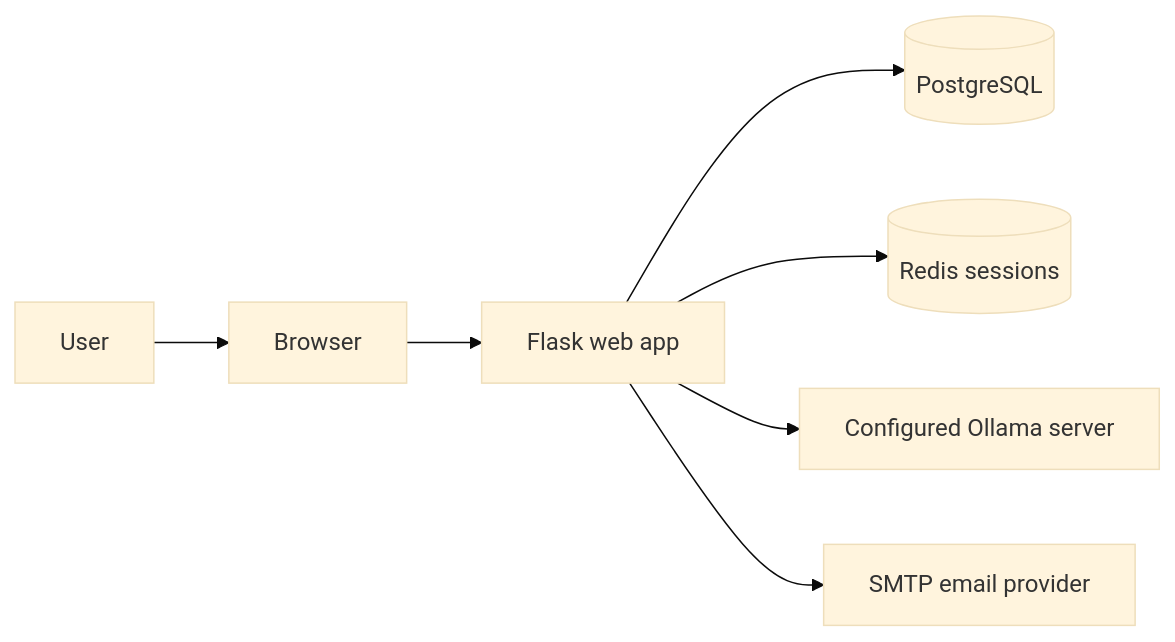
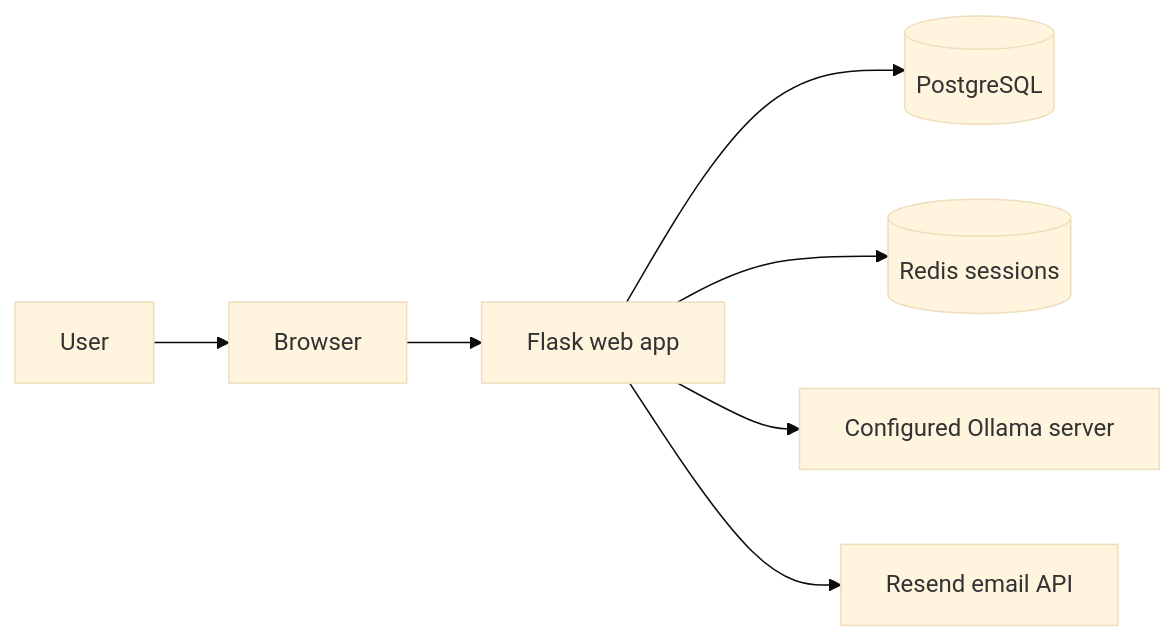
One commit to kyedoespython/Rover changed the diagram in Docs/Getting-Started.md. Above: the diagram before and after it, drawn with Mermaid (base theme). The commit also changed other lines of this file and 10 other files, not shown here.

Commit message:
integration of resend email client replacing flask mail.

````diff
--- a/Docs/Getting-Started.md
+++ b/Docs/Getting-Started.md
@@ -92,9 +89,9 @@
 ```mermaid
 flowchart LR
     Browser[Browser] --> Web[Flask web app]
     Web --> DB[(PostgreSQL)]
     Web --> Redis[(Redis sessions)]
     Web --> Ollama[Configured Ollama server]
-    Web --> SMTP[SMTP email provider]
+    Web --> Resend[Resend email API]
     User[User] --> Browser
 ```
````
